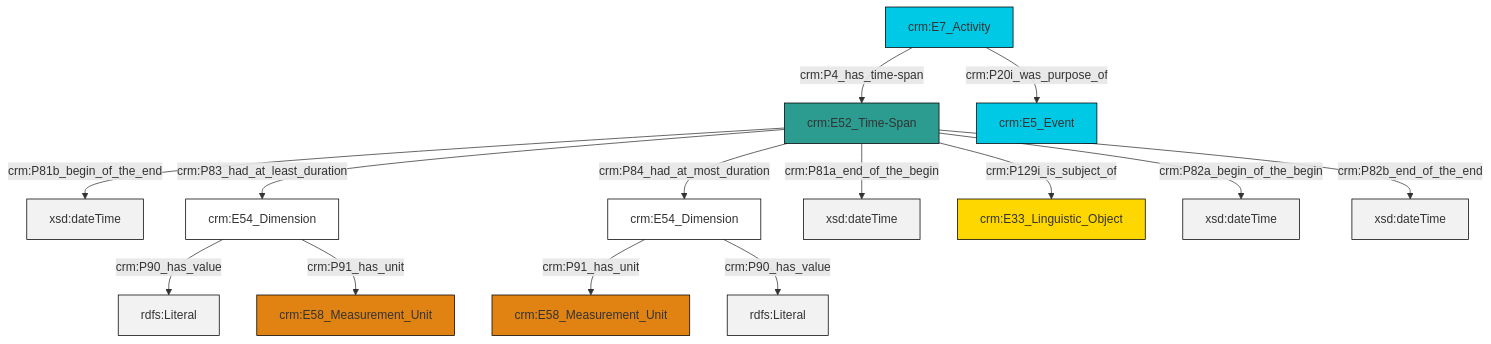
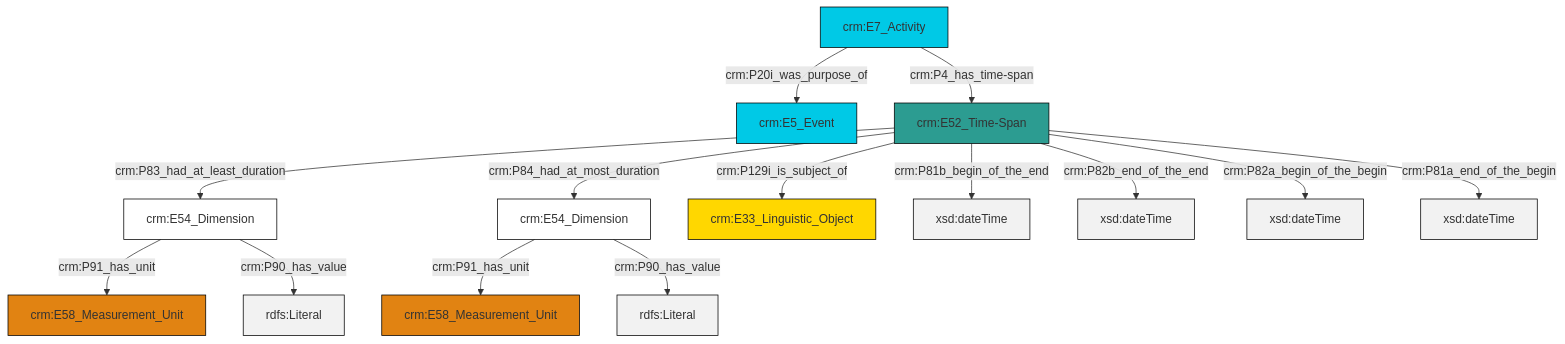
The diagram in et/eventCSV/ttl/mmd/event_existence.ttl.mmd (swiss-art-research-net/reference-data-models), drawn with Mermaid before and after one commit. The commit also changed 150 other files, not shown here.

```diff
--- a/et/eventCSV/ttl/mmd/event_existence.ttl.mmd
+++ b/et/eventCSV/ttl/mmd/event_existence.ttl.mmd
@@ -1,28 +1,28 @@
 graph TD
 classDef Literal fill:#f2f2f2,stroke:#000000;
 classDef CRM_Entity fill:#FFFFFF,stroke:#000000;
 classDef Temporal_Entity fill:#00C9E6, stroke:#000000;
 classDef Type fill:#E18312, stroke:#000000;
 classDef Time-Span fill:#2C9C91, stroke:#000000;
 classDef Appellation fill:#FFEB7F, stroke:#000000;
 classDef Place fill:#008836, stroke:#000000;
 classDef Persistent_Item fill:#B266B2, stroke:#000000;
 classDef Conceptual_Object fill:#FFD700, stroke:#000000;
 classDef Physical_Thing fill:#D2B48C, stroke:#000000;
 classDef Actor fill:#f58aad, stroke:#000000;
 classDef PC_Classes fill:#4ce600, stroke:#000000;
 classDef Multi fill:#cccccc,stroke:#000000;
 
-0["crm:E52_Time-Span"]:::Time-Span -->|crm:P81b_begin_of_the_end| 1[xsd:dateTime]:::Literal
-6["crm:E7_Activity"]:::Temporal_Entity -->|crm:P4_has_time-span| 0["crm:E52_Time-Span"]:::Time-Span
-0["crm:E52_Time-Span"]:::Time-Span -->|crm:P81a_end_of_the_begin| 7[xsd:dateTime]:::Literal
-0["crm:E52_Time-Span"]:::Time-Span -->|crm:P129i_is_subject_of| 8["crm:E33_Linguistic_Object"]:::Conceptual_Object
-6["crm:E7_Activity"]:::Temporal_Entity -->|crm:P20i_was_purpose_of| 9["crm:E5_Event"]:::Temporal_Entity
-2["crm:E54_Dimension"]:::CRM_Entity -->|crm:P91_has_unit| 11["crm:E58_Measurement_Unit"]:::Type
-0["crm:E52_Time-Span"]:::Time-Span -->|crm:P82a_begin_of_the_begin| 15[xsd:dateTime]:::Literal
-0["crm:E52_Time-Span"]:::Time-Span -->|crm:P82b_end_of_the_end| 16[xsd:dateTime]:::Literal
-2["crm:E54_Dimension"]:::CRM_Entity -->|crm:P90_has_value| 17[rdfs:Literal]:::Literal
-0["crm:E52_Time-Span"]:::Time-Span -->|crm:P83_had_at_least_duration| 4["crm:E54_Dimension"]:::CRM_Entity
-4["crm:E54_Dimension"]:::CRM_Entity -->|crm:P90_has_value| 18[rdfs:Literal]:::Literal
-4["crm:E54_Dimension"]:::CRM_Entity -->|crm:P91_has_unit| 19["crm:E58_Measurement_Unit"]:::Type
-0["crm:E52_Time-Span"]:::Time-Span -->|crm:P84_had_at_most_duration| 2["crm:E54_Dimension"]:::CRM_Entity
+0["crm:E54_Dimension"]:::CRM_Entity -->|crm:P91_has_unit| 1["crm:E58_Measurement_Unit"]:::Type
+4["crm:E52_Time-Span"]:::Time-Span -->|crm:P83_had_at_least_duration| 5["crm:E54_Dimension"]:::CRM_Entity
+7["crm:E7_Activity"]:::Temporal_Entity -->|crm:P20i_was_purpose_of| 2["crm:E5_Event"]:::Temporal_Entity
+0["crm:E54_Dimension"]:::CRM_Entity -->|crm:P90_has_value| 10[rdfs:Literal]:::Literal
+5["crm:E54_Dimension"]:::CRM_Entity -->|crm:P91_has_unit| 11["crm:E58_Measurement_Unit"]:::Type
+4["crm:E52_Time-Span"]:::Time-Span -->|crm:P129i_is_subject_of| 8["crm:E33_Linguistic_Object"]:::Conceptual_Object
+4["crm:E52_Time-Span"]:::Time-Span -->|crm:P84_had_at_most_duration| 0["crm:E54_Dimension"]:::CRM_Entity
+4["crm:E52_Time-Span"]:::Time-Span -->|crm:P81b_begin_of_the_end| 13[xsd:dateTime]:::Literal
+5["crm:E54_Dimension"]:::CRM_Entity -->|crm:P90_has_value| 14[rdfs:Literal]:::Literal
+4["crm:E52_Time-Span"]:::Time-Span -->|crm:P82b_end_of_the_end| 15[xsd:dateTime]:::Literal
+7["crm:E7_Activity"]:::Temporal_Entity -->|crm:P4_has_time-span| 4["crm:E52_Time-Span"]:::Time-Span
+4["crm:E52_Time-Span"]:::Time-Span -->|crm:P82a_begin_of_the_begin| 18[xsd:dateTime]:::Literal
+4["crm:E52_Time-Span"]:::Time-Span -->|crm:P81a_end_of_the_begin| 19[xsd:dateTime]:::Literal
```
